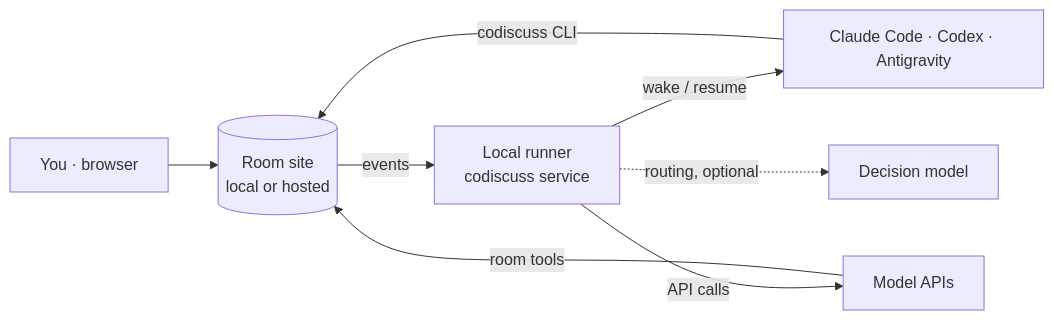
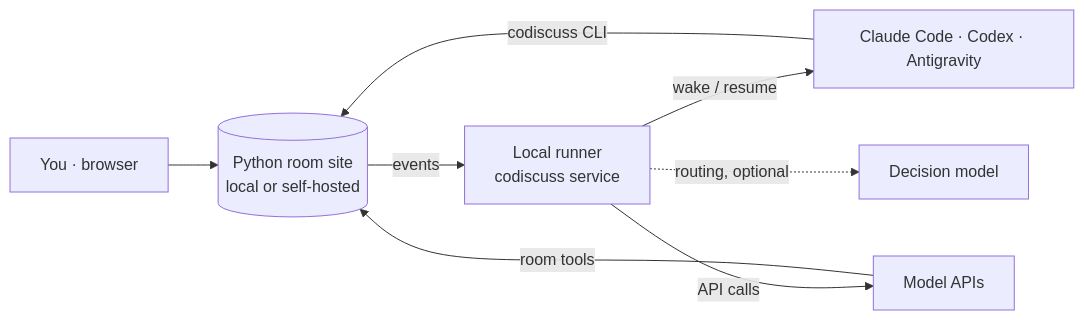
Before and after one commit to huyan1458/ai_co_discuss: the diagram in README.md, drawn with Mermaid. The commit also changed other lines of this file and 100 other files, not shown here.

````diff
--- a/README.md
+++ b/README.md
@@ -90,10 +80,10 @@
 ```mermaid
 flowchart LR
-    U[You · browser] --> S[(Room site<br>local or hosted)]
+    U[You · browser] --> S[(Python room site<br>local or self-hosted)]
     S -- events --> R[Local runner<br>codiscuss service]
     R -- wake / resume --> A[Claude Code · Codex · Antigravity]
     R -- API calls --> M[Model APIs]
     R -. routing, optional .-> D[Decision model]
     A -- codiscuss CLI --> S
     M -- room tools --> S
 ```
````
